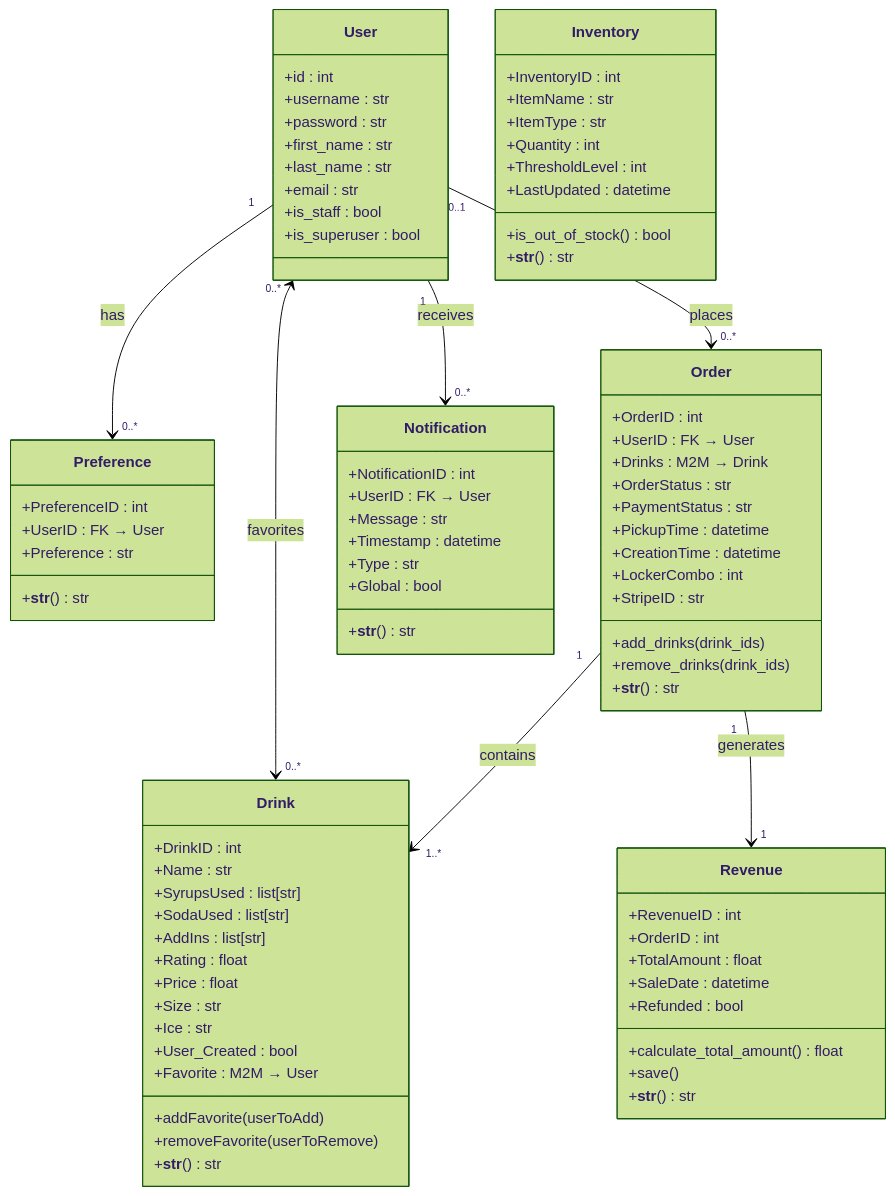
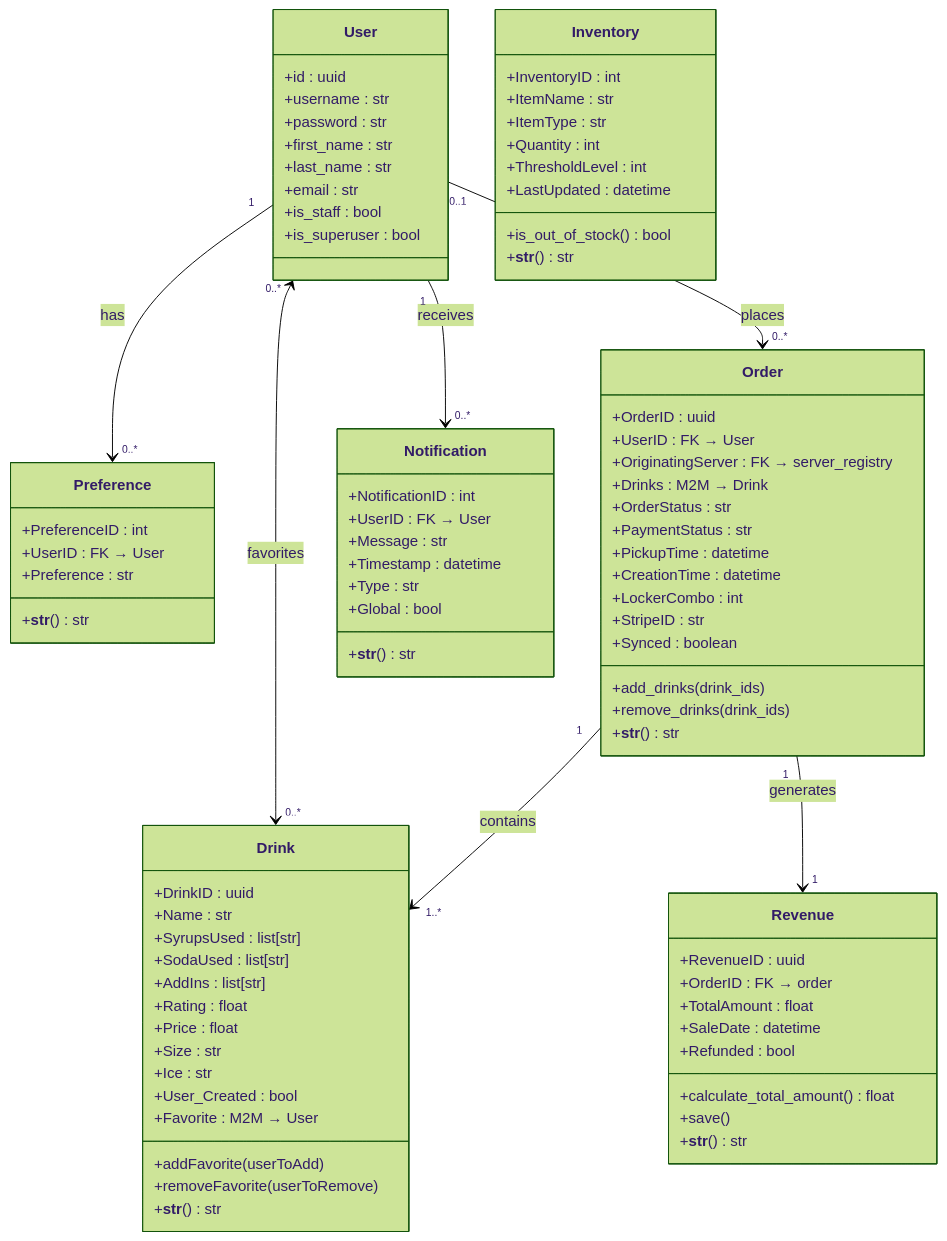
One commit to CS3450-Team-3/codepop changed the diagram in LowLevelDesign.md. Above: the diagram before and after it, drawn with Mermaid (forest theme). The commit also changed other lines of this file, not shown here.

````diff
--- a/LowLevelDesign.md
+++ b/LowLevelDesign.md
@@ -316,7 +335,7 @@
 ```mermaid
 classDiagram
     class User {
-        +id : int
+        +id : uuid
         +username : str
         +password : str
         +first_name : str
@@ -334,7 +353,7 @@
     }
 
     class Drink {
-        +DrinkID : int
+        +DrinkID : uuid
         +Name : str
         +SyrupsUsed : list[str]
         +SodaUsed : list[str]
@@ -351,8 +370,9 @@
     }
 
     class Order {
-        +OrderID : int
+        +OrderID : uuid
         +UserID : FK → User
+        +OriginatingServer : FK → server_registry
         +Drinks : M2M → Drink
         +OrderStatus : str
         +PaymentStatus : str
@@ -360,6 +380,7 @@
         +CreationTime : datetime
         +LockerCombo : int
         +StripeID : str
+        +Synced : boolean
         +add_drinks(drink_ids)
         +remove_drinks(drink_ids)
         +__str__() str
@@ -387,8 +408,8 @@
     }
 
     class Revenue {
-        +RevenueID : int
-        +OrderID : int
+        +RevenueID : uuid
+        +OrderID : FK → order
         +TotalAmount : float
         +SaleDate : datetime
         +Refunded : bool
````
